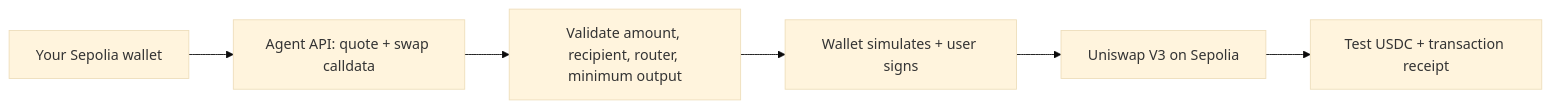
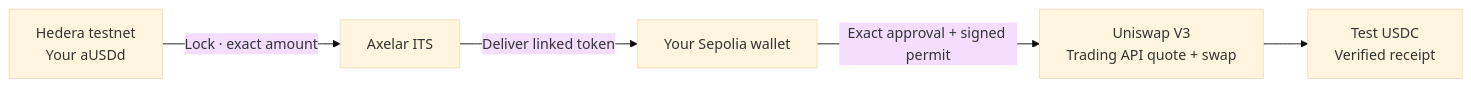
The second of 3 diagrams in README.md (jmgomezl/aivy-parametric-pool), drawn with Mermaid (base theme) before and after one commit. The commit also changed other lines of this file and 25 other files, not shown here.

Commit message:
Enable verified Hedera testnet bridge and wallet-approved Uniswap token swaps

````diff
--- a/README.md
+++ b/README.md
@@ -158,8 +104,7 @@
 ```mermaid
 flowchart LR
-  W["Your Sepolia wallet"] --> Q["Agent API: quote + swap calldata"]
-  Q --> V["Validate amount, recipient, router, minimum output"]
-  V --> S["Wallet simulates + user signs"]
-  S --> U["Uniswap V3 on Sepolia"]
-  U --> R["Test USDC + transaction receipt"]
+  H["Hedera testnet<br/>Your aUSDd"] -->|"Lock · exact amount"| A["Axelar ITS"]
+  A -->|"Deliver linked token"| E["Your Sepolia wallet"]
+  E -->|"Exact approval + signed permit"| U["Uniswap V3<br/>Trading API quote + swap"]
+  U --> R["Test USDC<br/>Verified receipt"]
 ```
````
